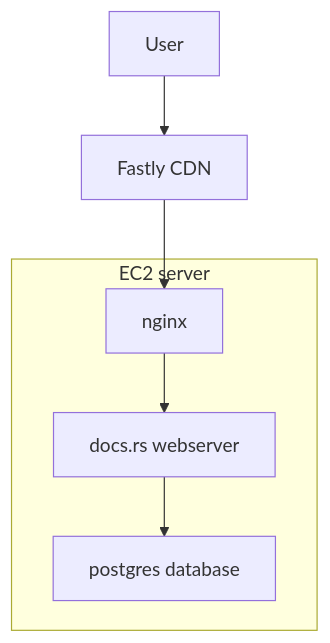
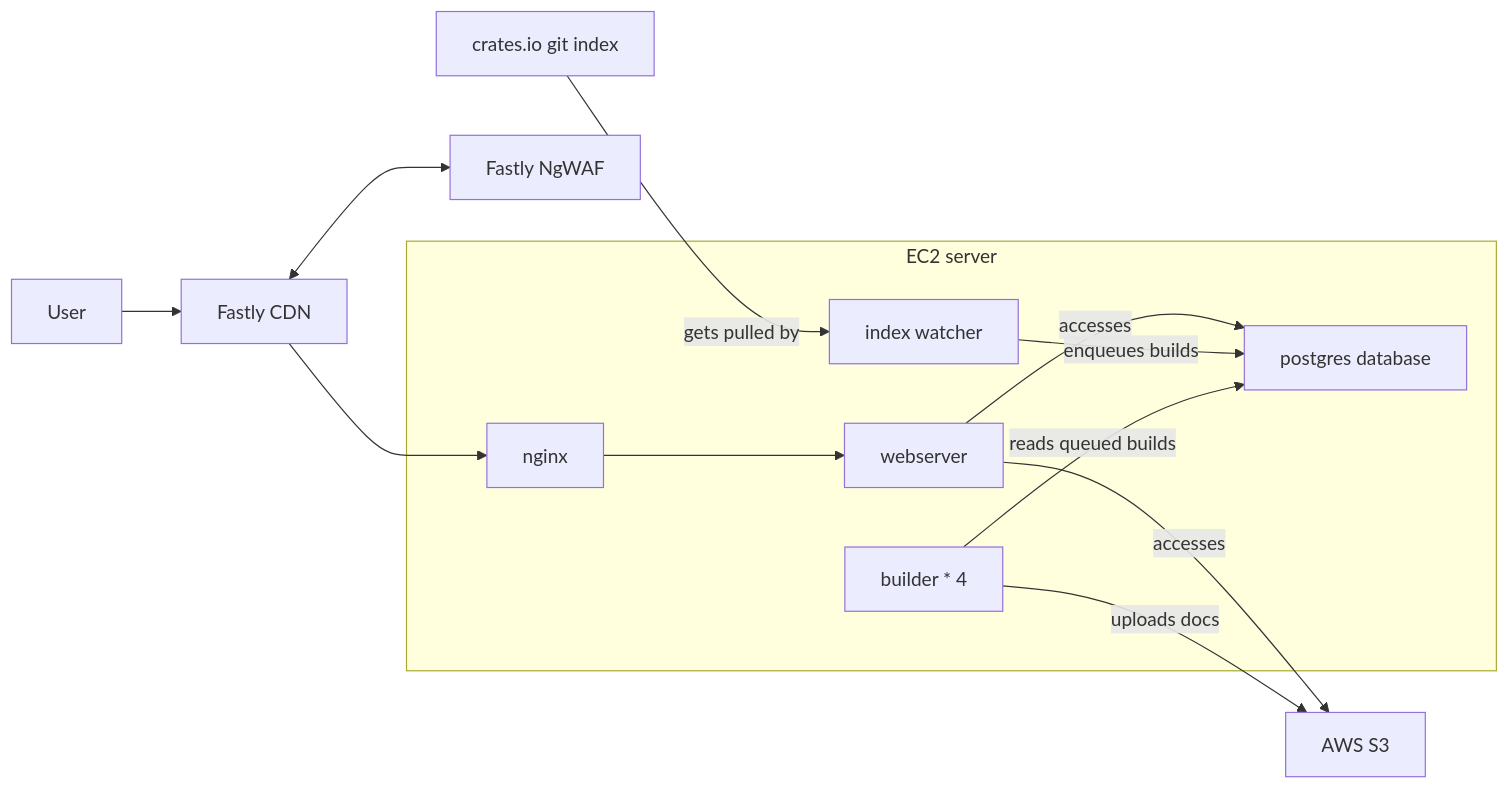
One commit to rust-lang/docs.rs changed the diagram in docs/src/infrastructure/legacy.md. Above: the diagram before and after it, drawn with Mermaid. The commit also changed other lines of this file, not shown here.

````diff
--- a/docs/src/infrastructure/legacy.md
+++ b/docs/src/infrastructure/legacy.md
@@ -3,10 +5,17 @@
 ```mermaid
-flowchart TD
+flowchart LR
   user[User] --> fastly[Fastly CDN]
+  fastly <--> ngwaf[Fastly NgWAF]
 
   subgraph ec2[EC2 server]
-    nginx[nginx] --> web[docs.rs webserver] --> psql[postgres database]
+    nginx[nginx] --> web[webserver] --> |accesses| psql[postgres database]
+    watcher[index watcher] --> |enqueues builds| psql
+    builder[builder * 4] --> |reads queued builds| psql
   end
 
   fastly --> nginx
+  web -->|accesses| s3[AWS S3]
+  builder --> |uploads docs| s3
+
+  index[crates.io git index] --> |gets pulled by| watcher
 ```
````
